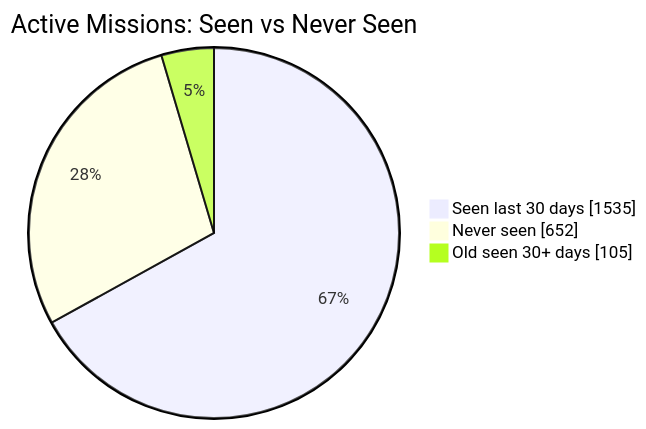
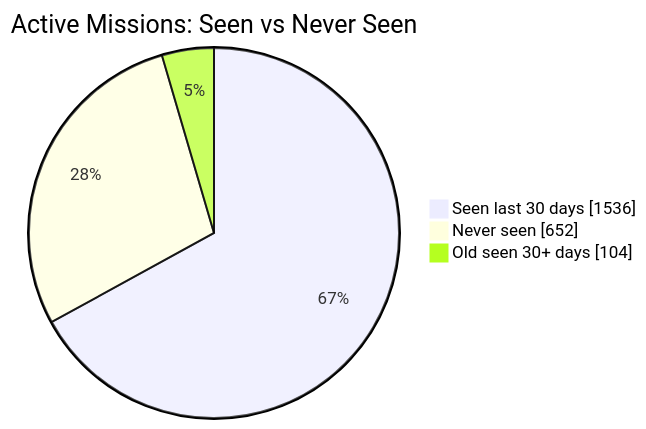
One commit to MeldkamerspelGameTeam/active-missions changed the first of 2 diagrams in README.md. Above: the diagram before and after it, drawn with Mermaid. The commit also changed other lines of this file and 2 other files, not shown here.

````diff
--- a/README.md
+++ b/README.md
@@ -34,7 +34,7 @@
 ```mermaid
 pie showData
     title Active Missions: Seen vs Never Seen
-    "Seen last 30 days" : 1535
+    "Seen last 30 days" : 1536
     "Never seen" : 652
-    "Old seen 30+ days" : 105
+    "Old seen 30+ days" : 104
 ```
````
